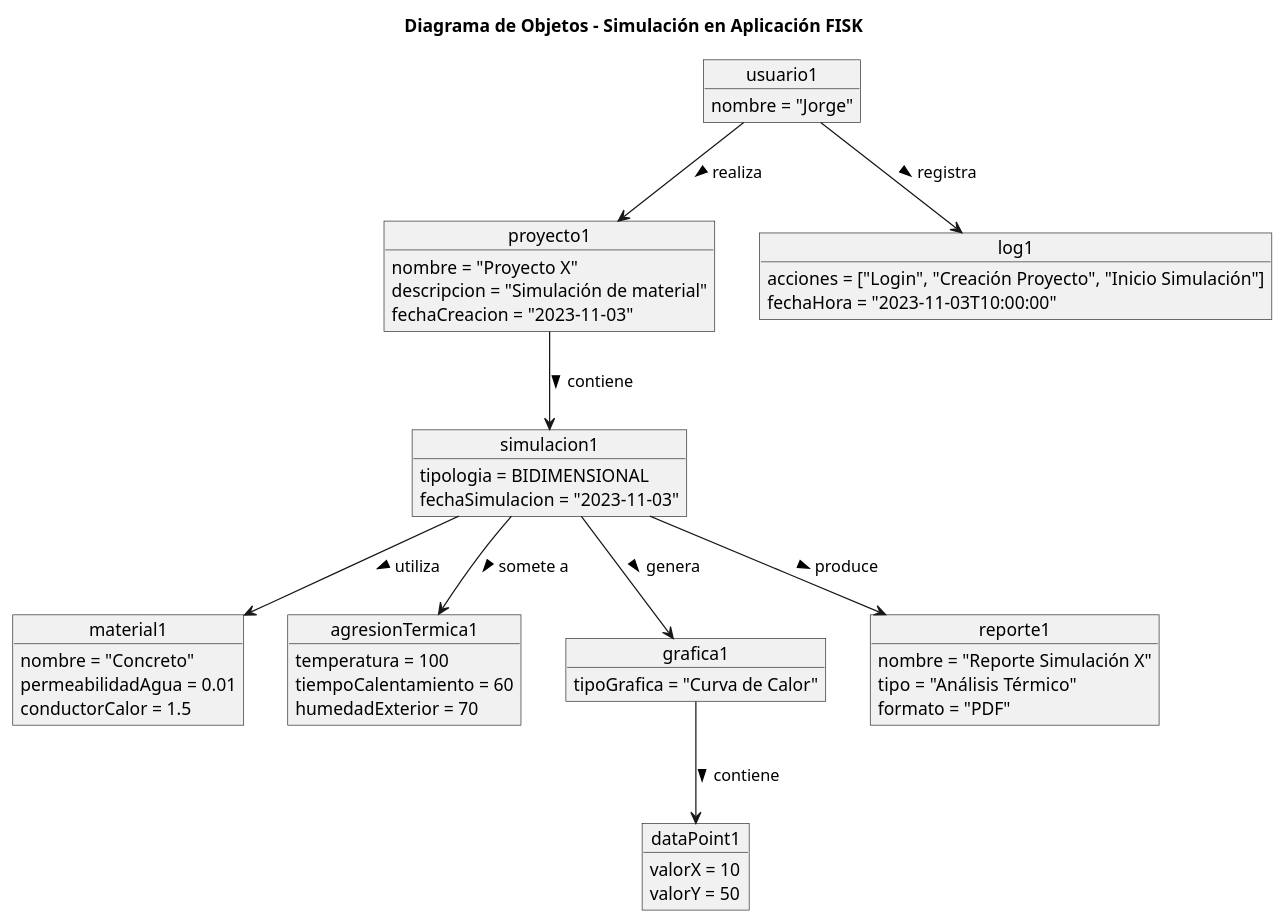
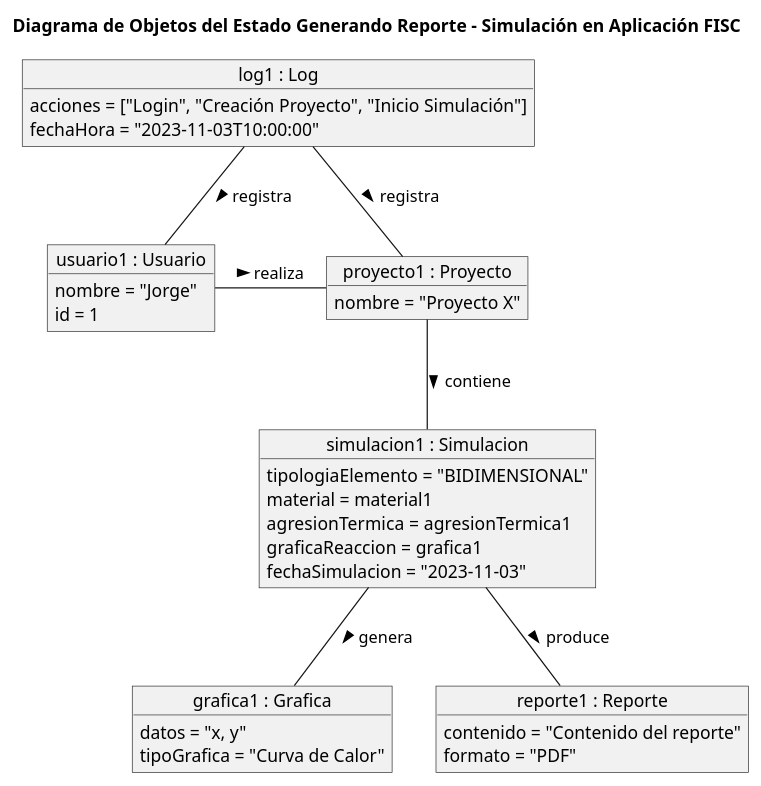
Before and after one commit to mmasias/23-24-IdSw1-SDR: the diagram in modelosUML/diagramaObjetos.puml, drawn with PlantUML. The commit also changed 50 other files, not shown here.

```diff
--- a/modelosUML/diagramaObjetos.puml
+++ b/modelosUML/diagramaObjetos.puml
@@ -1,60 +1,44 @@
 @startuml
-title Diagrama de Objetos - Simulación en Aplicación FISK
 
-object usuario1 {
+title Diagrama de Objetos del Estado Generando Reporte - Simulación en Aplicación FISC
+
+object "usuario1 : Usuario" as usuario1 {
     nombre = "Jorge"
+    id = 1
 }
 
-object proyecto1 {
+object "proyecto1 : Proyecto" as proyecto1 {
     nombre = "Proyecto X"
-    descripcion = "Simulación de material"
-    fechaCreacion = "2023-11-03"
 }
 
-object simulacion1 {
-    tipologia = BIDIMENSIONAL
+object "simulacion1 : Simulacion" as simulacion1 {
+    tipologiaElemento = "BIDIMENSIONAL"
+    material = material1
+    agresionTermica = agresionTermica1
+    graficaReaccion = grafica1
     fechaSimulacion = "2023-11-03"
 }
 
-object material1 {
-    nombre = "Concreto"
-    permeabilidadAgua = 0.01
-    conductorCalor = 1.5
-}
-
-object agresionTermica1 {
-    temperatura = 100
-    tiempoCalentamiento = 60
-    humedadExterior = 70
-}
-
-object grafica1 {
+object "grafica1 : Grafica" as grafica1 {
+    datos = "x, y"
     tipoGrafica = "Curva de Calor"
 }
 
-object dataPoint1 {
-    valorX = 10
-    valorY = 50
-}
-
-object log1 {
+object "log1 : Log" as log1 {
     acciones = ["Login", "Creación Proyecto", "Inicio Simulación"]
     fechaHora = "2023-11-03T10:00:00"
 }
 
-object reporte1 {
-    nombre = "Reporte Simulación X"
-    tipo = "Análisis Térmico"
+object "reporte1 : Reporte" as reporte1 {
+    contenido = "Contenido del reporte"
     formato = "PDF"
 }
 
-usuario1 -down-> proyecto1 : "realiza >"
-proyecto1 -down-> simulacion1 : "contiene >"
-simulacion1 -down-> material1 : "utiliza >"
-simulacion1 -down-> agresionTermica1 : "somete a >"
-simulacion1 -down-> grafica1 : "genera >"
-simulacion1 -down-> reporte1 : "produce >"
-usuario1 -down-> log1 : "registra >"
-grafica1 -down-> dataPoint1 : "contiene >"
+usuario1 - proyecto1 : "realiza >"
+proyecto1 -- simulacion1 : "contiene >"
+simulacion1 -- grafica1 : "genera >"
+simulacion1 -- reporte1 : "produce >"
+log1 -- usuario1: "registra >"
+log1 -- proyecto1 : "registra >"
 
 @enduml
```
